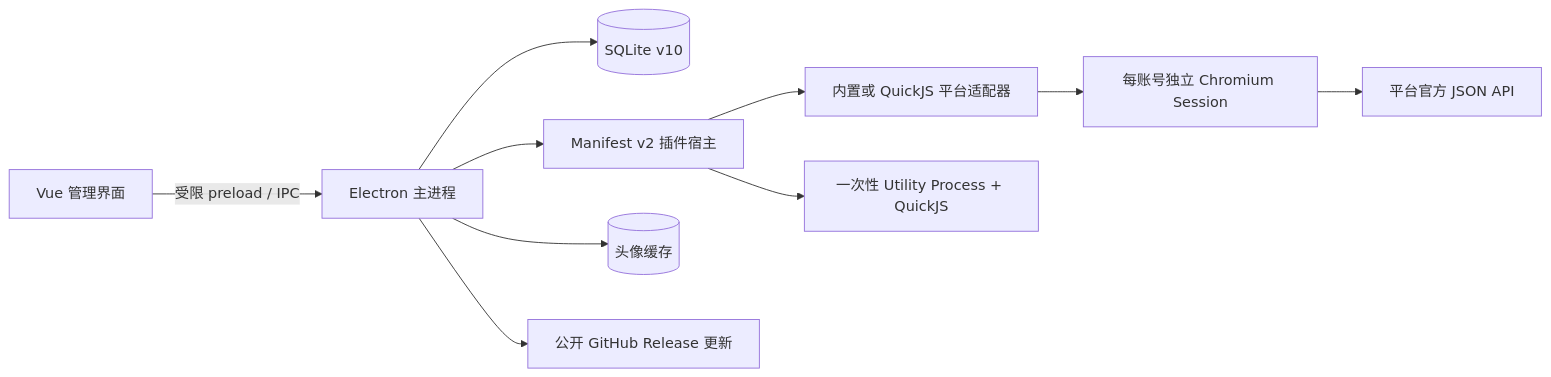
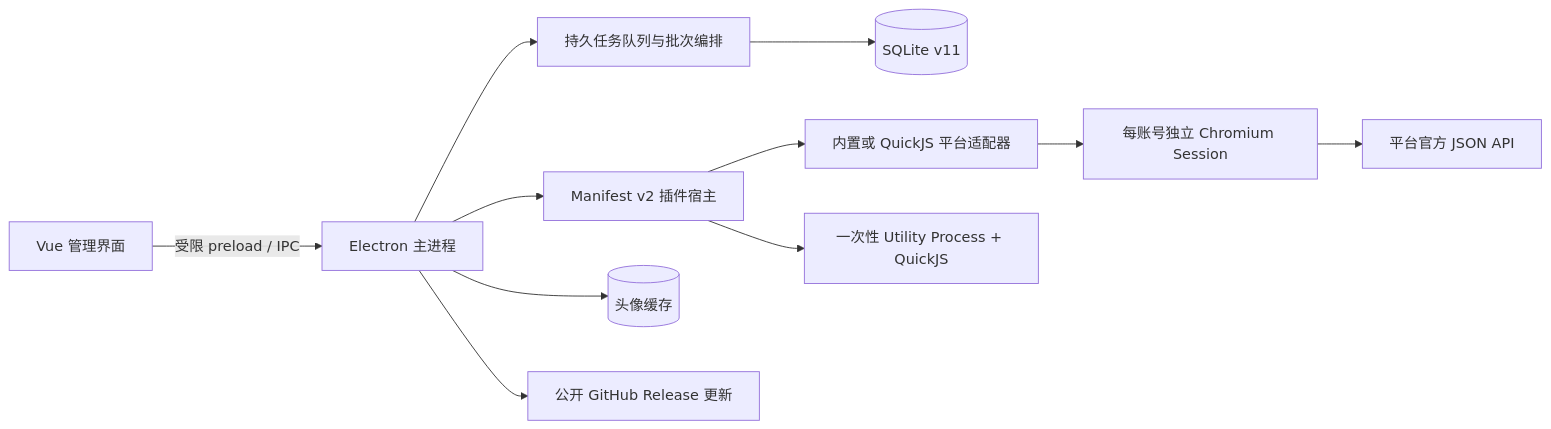
The diagram in README.md (nzmxd/streamfold), drawn with Mermaid before and after one commit. The commit also changed other lines of this file and 48 other files, not shown here.

````diff
--- a/README.md
+++ b/README.md
@@ -50,12 +53,13 @@
 ```mermaid
 flowchart LR
     UI["Vue 管理界面"] -->|受限 preload / IPC| MAIN["Electron 主进程"]
-    MAIN --> DB[("SQLite v10")]
+    MAIN --> QUEUE["持久任务队列与批次编排"]
+    QUEUE --> DB[("SQLite v11")]
     MAIN --> HOST["Manifest v2 插件宿主"]
     HOST --> ADAPTER["内置或 QuickJS 平台适配器"]
     ADAPTER --> BROWSER["每账号独立 Chromium Session"]
     HOST --> QJS["一次性 Utility Process + QuickJS"]
     BROWSER --> JSON["平台官方 JSON API"]
     MAIN --> MEDIA[("头像缓存")]
     MAIN --> UPDATE["公开 GitHub Release 更新"]
 ```
````
